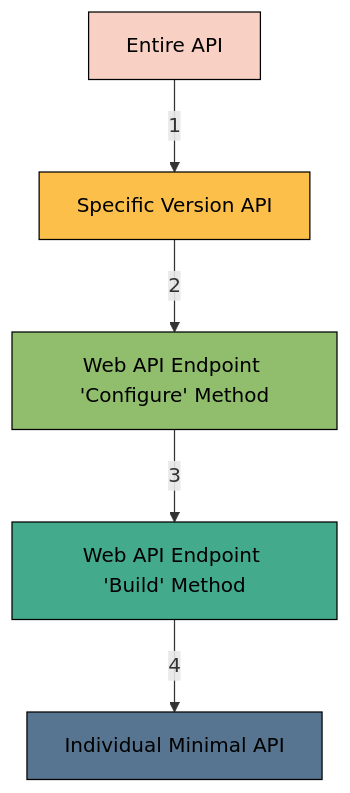
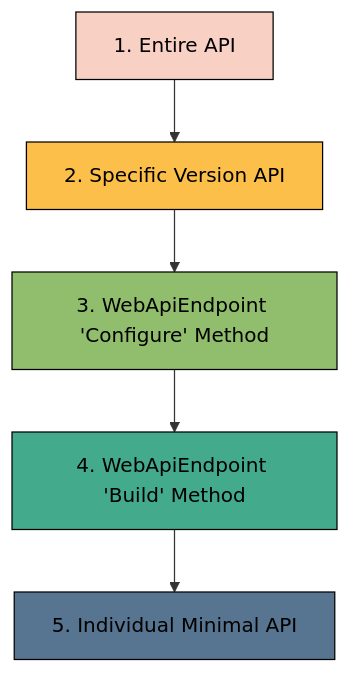
One commit to futurum-dev/dotnet.futurum.webapiendpoint.micro changed the diagram in README.md. Above: the diagram before and after it, drawn with Mermaid. The commit also changed other lines of this file, not shown here.

````diff
--- a/README.md
+++ b/README.md
@@ -257,16 +257,16 @@
 ```mermaid
 flowchart TB
    classDef blackText stroke:#000,color:#000;
-   entire-api[Entire API] -->|1| specific-version-api[Specific Version API]
-   specific-version-api -->|2| endpoint-configure[Web API Endpoint 'Configure' Method]
-   endpoint-configure -->|3| endpoint-build[Web API Endpoint 'Build' Method]
-   endpoint-build -->|4| minimal-api[Individual Minimal API]
+   entire-api[1. Entire API] --> specific-version-api[2. Specific Version API]
+   specific-version-api --> endpoint-configure[3. WebApiEndpoint 'Configure' Method]
+   endpoint-configure --> endpoint-build[4. WebApiEndpoint 'Build' Method]
+   endpoint-build --> minimal-api[5. Individual Minimal API]
 
    style entire-api fill:#f9d0c4
    style specific-version-api fill:#fcbf49
    style endpoint-configure fill:#90be6d
    style endpoint-build fill:#43aa8b
    style minimal-api fill:#577590
 
    class entire-api,specific-version-api,endpoint-configure,endpoint-build,minimal-api blackText
 ```
````
